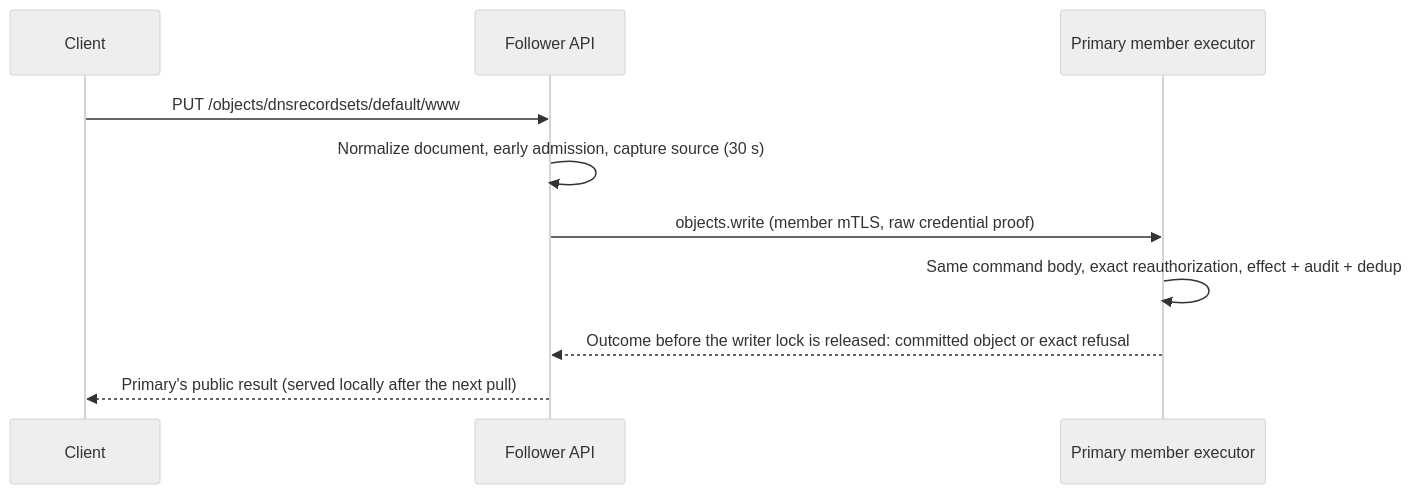
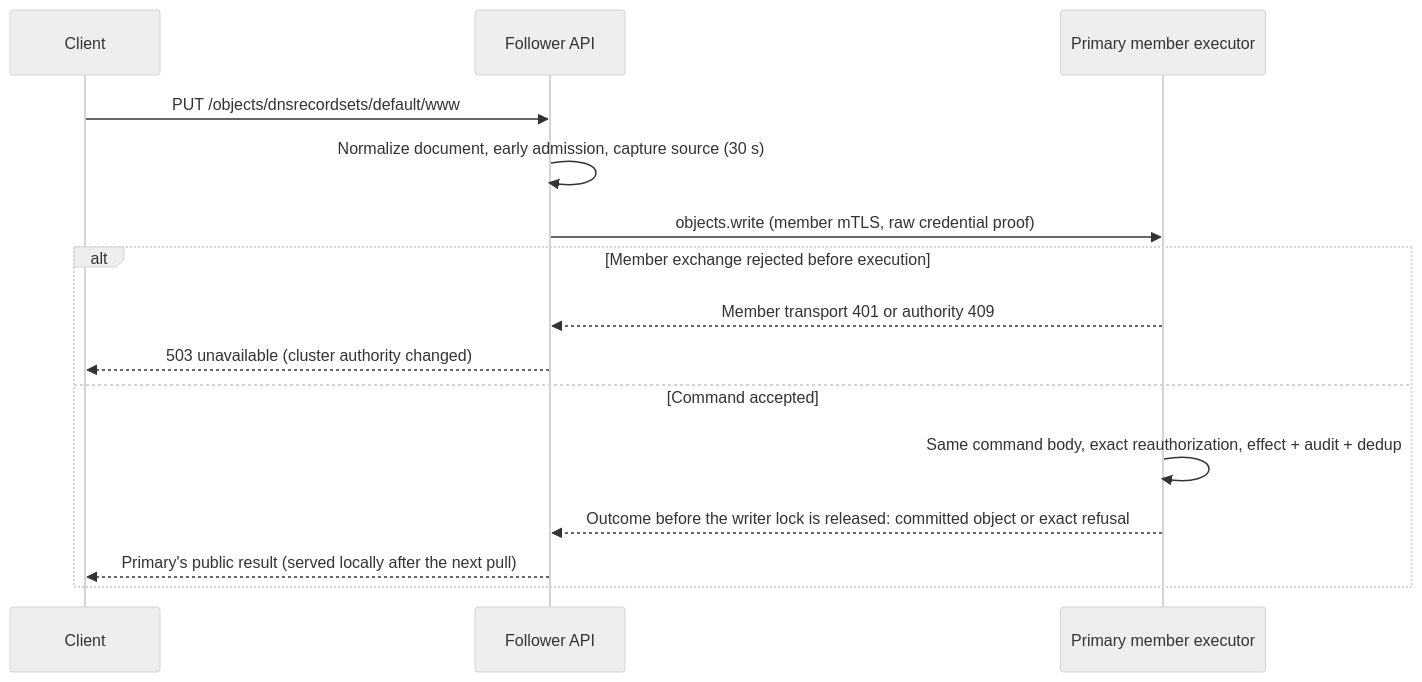
Diagram 13 of 31 in docs/architecture/configuration-and-store.md (robertherbaugh/kudurru), drawn with Mermaid (neutral theme) before and after one commit. The commit also changed other lines of this file and 8 other files, not shown here.

Commit message:
Distinguish member transport refusals from user credential errors

````diff
--- a/docs/architecture/configuration-and-store.md
+++ b/docs/architecture/configuration-and-store.md
@@ -1365,12 +1371,17 @@
 ```mermaid
 sequenceDiagram
     participant C as Client
     participant F as Follower API
     participant P as Primary member executor
     C->>F: PUT /objects/dnsrecordsets/default/www
     F->>F: Normalize document, early admission, capture source (30 s)
     F->>P: objects.write (member mTLS, raw credential proof)
-    P->>P: Same command body, exact reauthorization, effect + audit + dedup
-    P-->>F: Outcome before the writer lock is released: committed object or exact refusal
-    F-->>C: Primary's public result (served locally after the next pull)
+    alt Member exchange rejected before execution
+        P-->>F: Member transport 401 or authority 409
+        F-->>C: 503 unavailable (cluster authority changed)
+    else Command accepted
+        P->>P: Same command body, exact reauthorization, effect + audit + dedup
+        P-->>F: Outcome before the writer lock is released: committed object or exact refusal
+        F-->>C: Primary's public result (served locally after the next pull)
+    end
 ```
````
